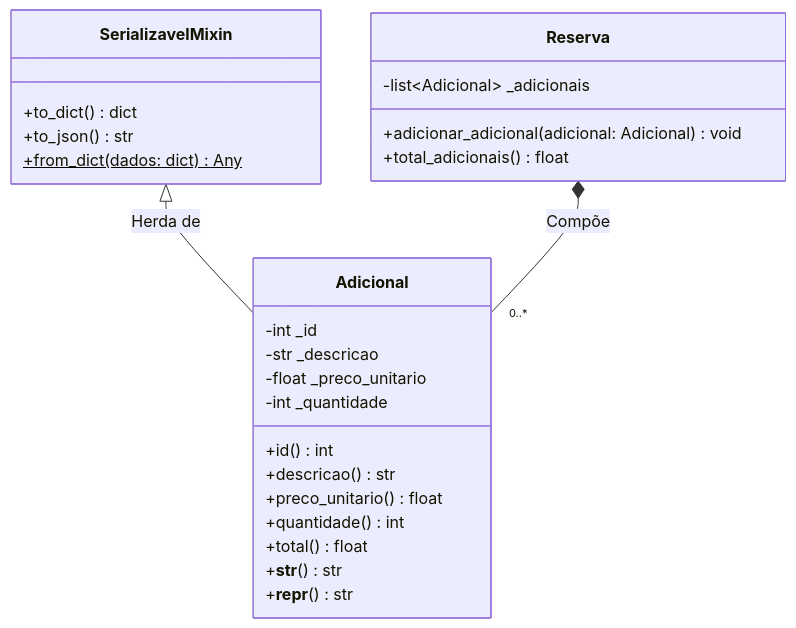
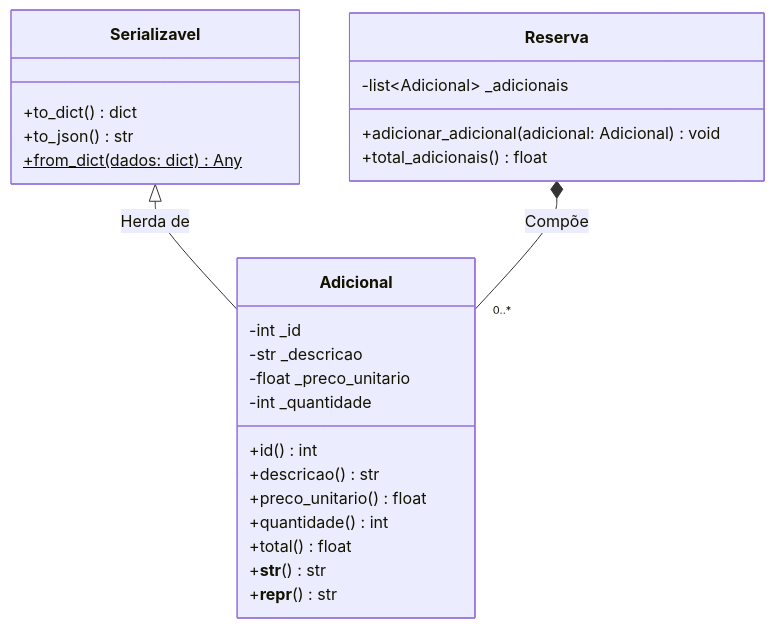
Before and after one commit to WandersonLobo/Sistema-de-Reserva-de-Hotel: diagram 16 of 23 in docs/uml_diagram.md, drawn with Mermaid. The commit also changed other lines of this file and 1 other file, not shown here.

Commit message:
docs: update UML documentation to reflect class name changes from mixins to concrete classes

````diff
--- a/docs/uml_diagram.md
+++ b/docs/uml_diagram.md
@@ -637,33 +637,33 @@
 ```mermaid
 classDiagram
     %% Definição das Classes
-    class SerializavelMixin {
+    class Serializavel {
         +to_dict() dict
         +to_json() str
         +from_dict(dados: dict)$ Any
     }
 
     class Adicional {
         -int _id
         -str _descricao
         -float _preco_unitario
         -int _quantidade
         +id() int
         +descricao() str
         +preco_unitario() float
         +quantidade() int
         +total() float
         +__str__() str
         +__repr__() str
     }
 
     class Reserva {
         -list~Adicional~ _adicionais
         +adicionar_adicional(adicional: Adicional) void
         +total_adicionais() float
     }
 
     %% Relações de Herança e Composição
-    SerializavelMixin <|-- Adicional : Herda de
+    Serializavel <|-- Adicional : Herda de
     Reserva *-- "0..*" Adicional : Compõe
 ```
````
